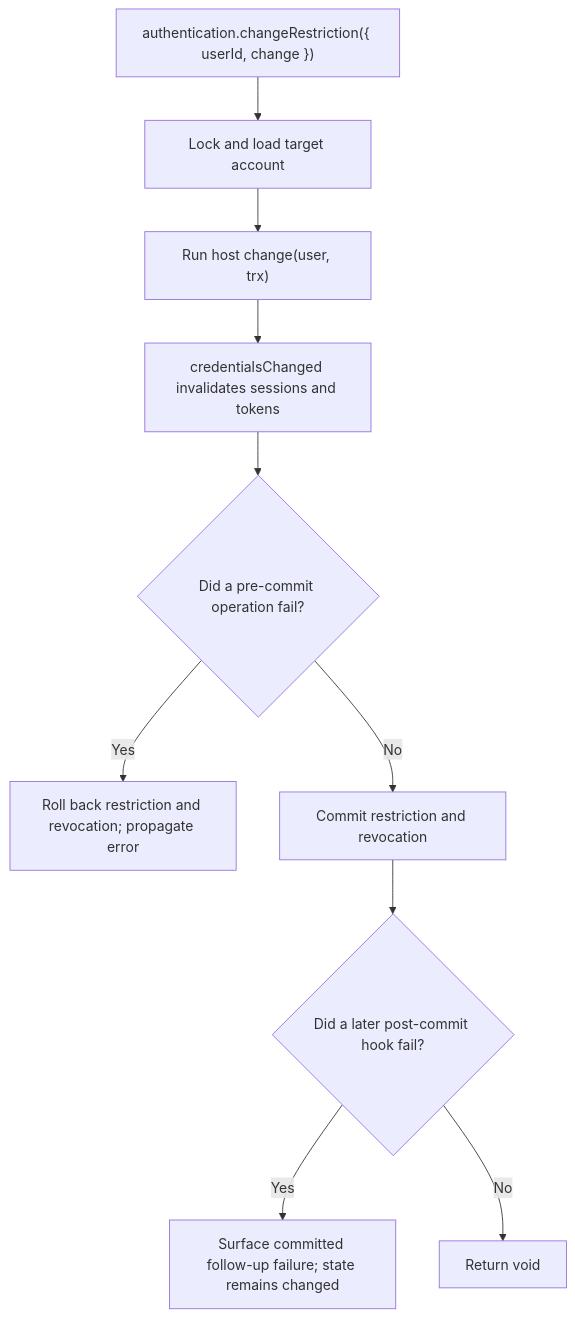
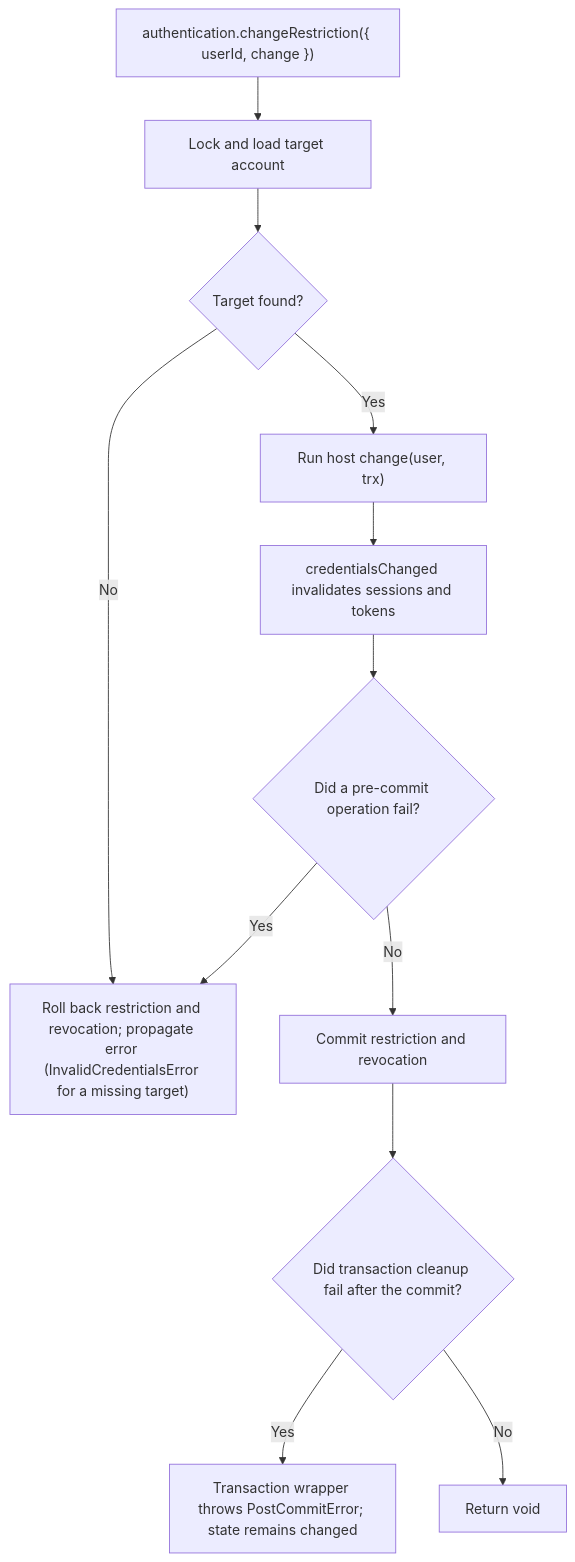
The second of 2 diagrams in user-stories/US-ACCOUNT-43-change-account-restriction.md (Kevinjohn/oss-adonisjs-account-kit), drawn with Mermaid before and after one commit. The commit also changed other lines of this file and 22 other files, not shown here.

````diff
--- a/user-stories/US-ACCOUNT-43-change-account-restriction.md
+++ b/user-stories/US-ACCOUNT-43-change-account-restriction.md
@@ -33,12 +34,14 @@
 ```mermaid
 flowchart TD
  A["authentication.changeRestriction({ userId, change })"] --> B["Lock and load target account"]
- B --> C["Run host change(user, trx)"]
+ B --> B1{"Target found?"}
+ B1 -->|No| F
+ B1 -->|Yes| C["Run host change(user, trx)"]
  C --> D["credentialsChanged invalidates sessions and tokens"]
  D --> E{"Did a pre-commit operation fail?"}
- E -->|Yes| F["Roll back restriction and revocation; propagate error"]
+ E -->|Yes| F["Roll back restriction and revocation; propagate error (InvalidCredentialsError for a missing target)"]
  E -->|No| G["Commit restriction and revocation"]
- G --> H{"Did a later post-commit hook fail?"}
- H -->|Yes| I["Surface committed follow-up failure; state remains changed"]
+ G --> H{"Did transaction cleanup fail after the commit?"}
+ H -->|Yes| I["Transaction wrapper throws PostCommitError; state remains changed"]
  H -->|No| J["Return void"]
 ```
````
